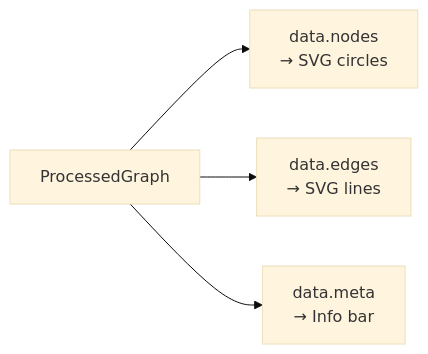
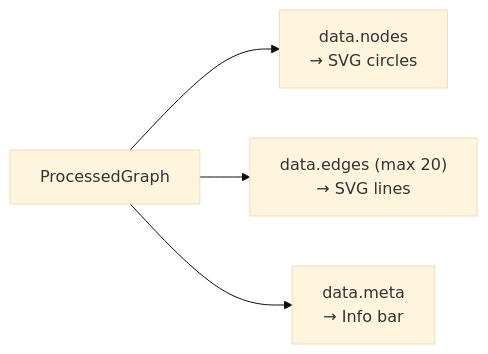
One commit to fisher-89/dependency-cruiser-reporter changed the second of 6 diagrams in docs/frontend/views.md. Above: the diagram before and after it, drawn with Mermaid (base theme). The commit also changed other lines of this file and 20 other files, not shown here.

````diff
--- a/docs/frontend/views.md
+++ b/docs/frontend/views.md
@@ -34,6 +35,6 @@
 ```mermaid
 flowchart LR
     Data["ProcessedGraph"] --> Nodes["data.nodes\n→ SVG circles"]
-    Data --> Edges["data.edges\n→ SVG lines"]
+    Data --> Edges["data.edges (max 20)\n→ SVG lines"]
     Data --> Meta["data.meta\n→ Info bar"]
 ```
````
